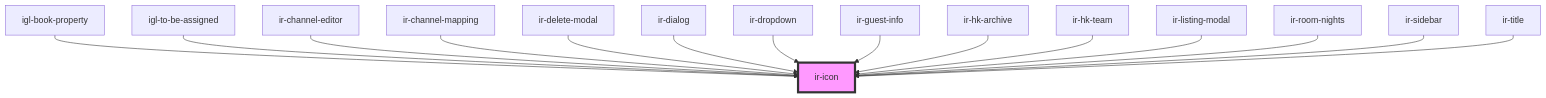
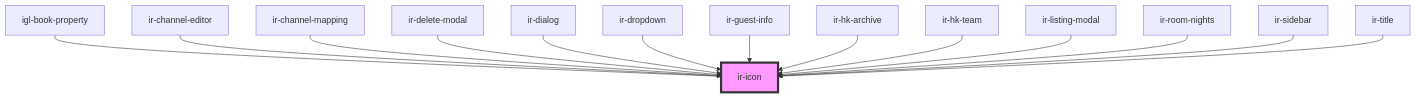
The diagram in src/components/ir-icon/readme.md (David1Chowaifaty/modified-ir-webcmp), drawn with Mermaid before and after one commit. The commit also changed other lines of this file and 36 other files, not shown here.

````diff
--- a/src/components/ir-icon/readme.md
+++ b/src/components/ir-icon/readme.md
@@ -42,18 +41,17 @@
 ```mermaid
 graph TD;
   igl-book-property --> ir-icon
-  igl-to-be-assigned --> ir-icon
   ir-channel-editor --> ir-icon
   ir-channel-mapping --> ir-icon
   ir-delete-modal --> ir-icon
   ir-dialog --> ir-icon
   ir-dropdown --> ir-icon
   ir-guest-info --> ir-icon
   ir-hk-archive --> ir-icon
   ir-hk-team --> ir-icon
   ir-listing-modal --> ir-icon
   ir-room-nights --> ir-icon
   ir-sidebar --> ir-icon
   ir-title --> ir-icon
   style ir-icon fill:#f9f,stroke:#333,stroke-width:4px
 ```
````
